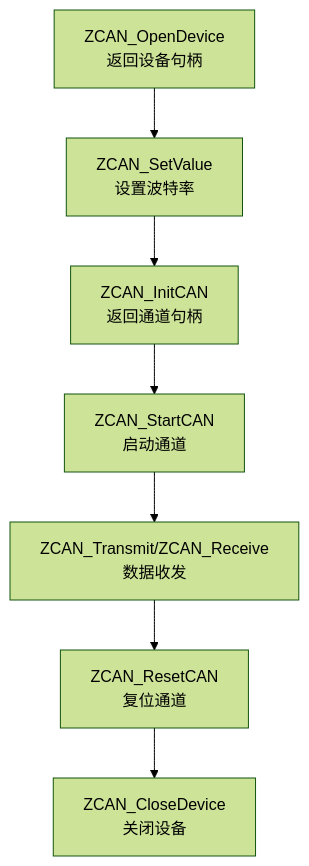
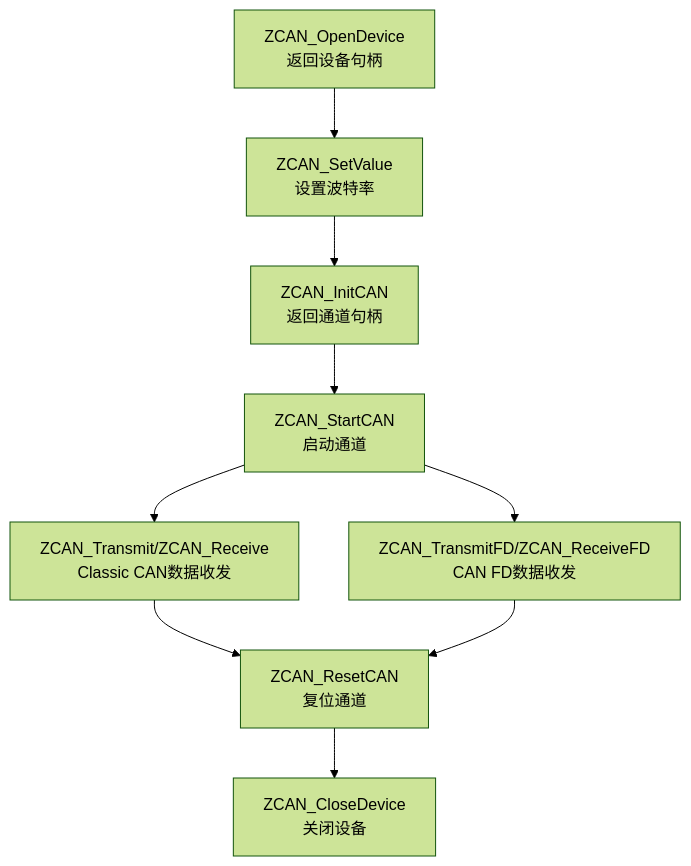
The fourth of 9 diagrams in .qoder/repowiki/zh/content/核心模块详解/CAN设备管理系统.md (jakecai1225-design/OpenBus), drawn with Mermaid (forest theme) before and after one commit. The commit also changed other lines of this file and 6 other files, not shown here.

Commit message:
trace flow graphic

````diff
--- a/.qoder/repowiki/zh/content/核心模块详解/CAN设备管理系统.md
+++ b/.qoder/repowiki/zh/content/核心模块详解/CAN设备管理系统.md
@@ -283,9 +306,11 @@
 ```mermaid
 flowchart TD
 OpenDev["ZCAN_OpenDevice<br/>返回设备句柄"] --> SetBaud["ZCAN_SetValue<br/>设置波特率"]
 SetBaud --> InitCh["ZCAN_InitCAN<br/>返回通道句柄"]
 InitCh --> StartCh["ZCAN_StartCAN<br/>启动通道"]
-StartCh --> SendRecv["ZCAN_Transmit/ZCAN_Receive<br/>数据收发"]
+StartCh --> SendRecv["ZCAN_Transmit/ZCAN_Receive<br/>Classic CAN数据收发"]
+StartCh --> SendRecvFD["ZCAN_TransmitFD/ZCAN_ReceiveFD<br/>CAN FD数据收发"]
 SendRecv --> ResetCh["ZCAN_ResetCAN<br/>复位通道"]
+SendRecvFD --> ResetCh
 ResetCh --> CloseDev["ZCAN_CloseDevice<br/>关闭设备"]
 ```
````
